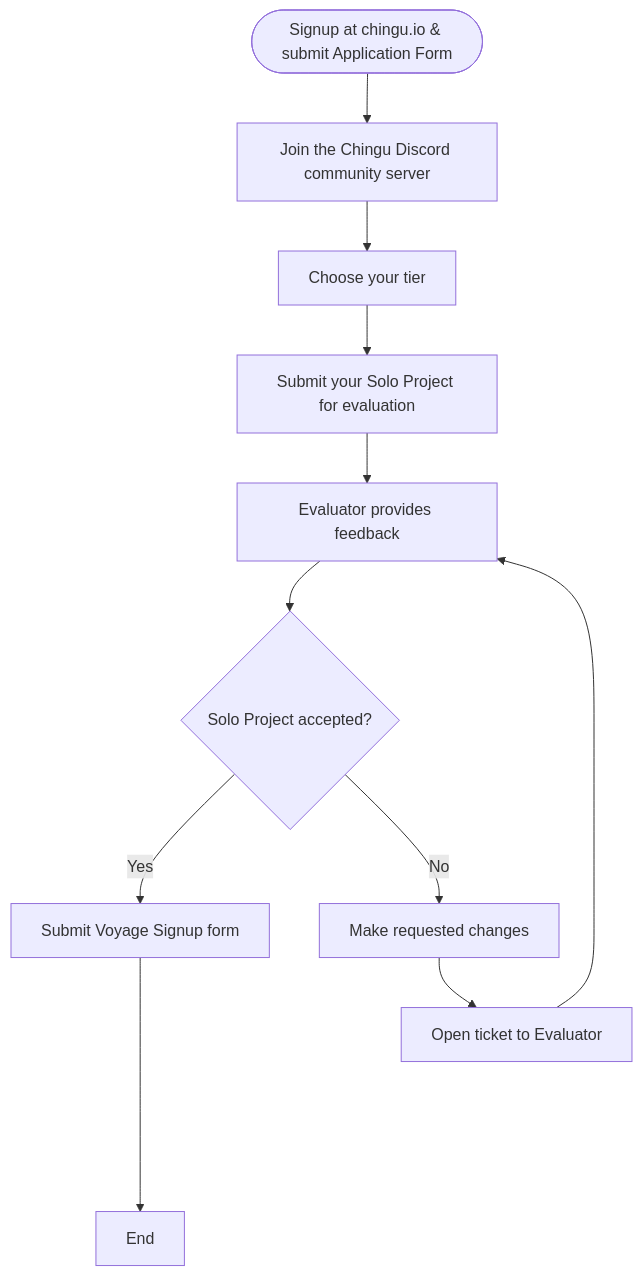
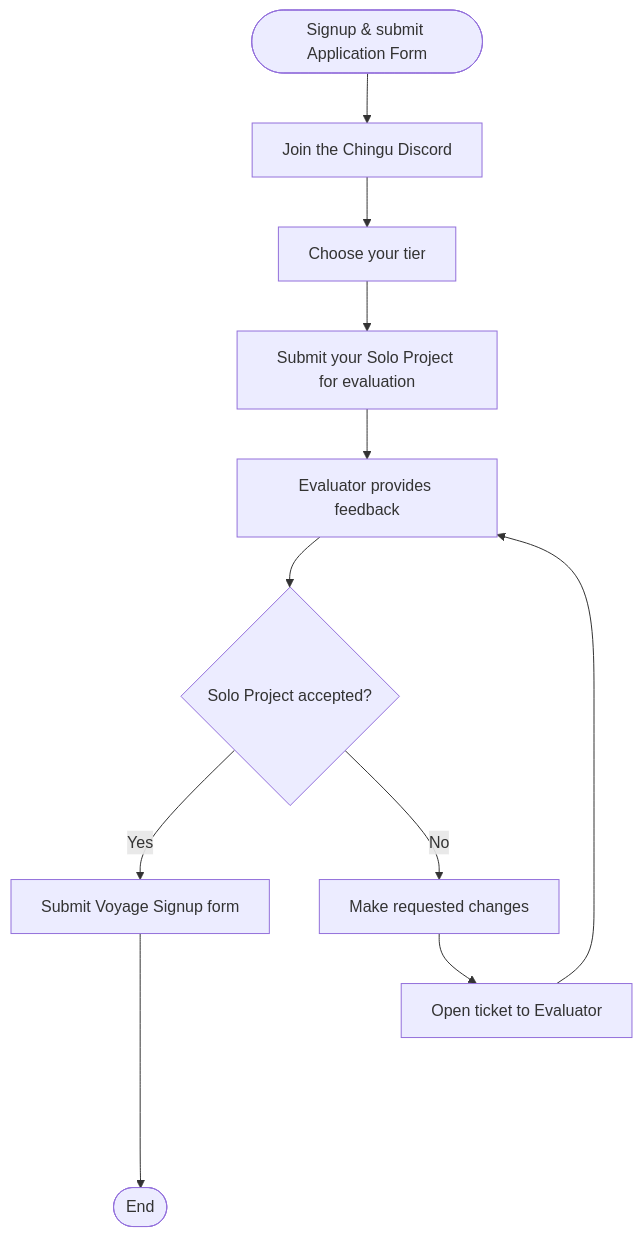
Before and after one commit to chingu-voyages/Handbook: the first of 2 diagrams in README.md, drawn with Mermaid.

Commit message:
Feature: Add onboarding flowchart

````diff
--- a/README.md
+++ b/README.md
@@ -50,14 +50,14 @@
 ```mermaid
 flowchart TB
-   A(["Signup at chingu.io & submit Application Form"]) --> B["Join the Chingu Discord community server"];
+   A(["Signup & submit Application Form"]) --> B["Join the Chingu Discord"];
    B --> C["Choose your tier"];
    C --> D["Submit your Solo Project for evaluation"];
    D --> E["Evaluator provides feedback"];
    E --> F{"Solo Project accepted?"};
    F -- Yes --> G["Submit Voyage Signup form"];
    F -- No --> H["Make requested changes"];
    I["Open ticket to Evaluator"];
    H --> I;
    I --> E;
-   G -----> Z["End"];
+   G -----> Z(["End"]);
 ```
````
